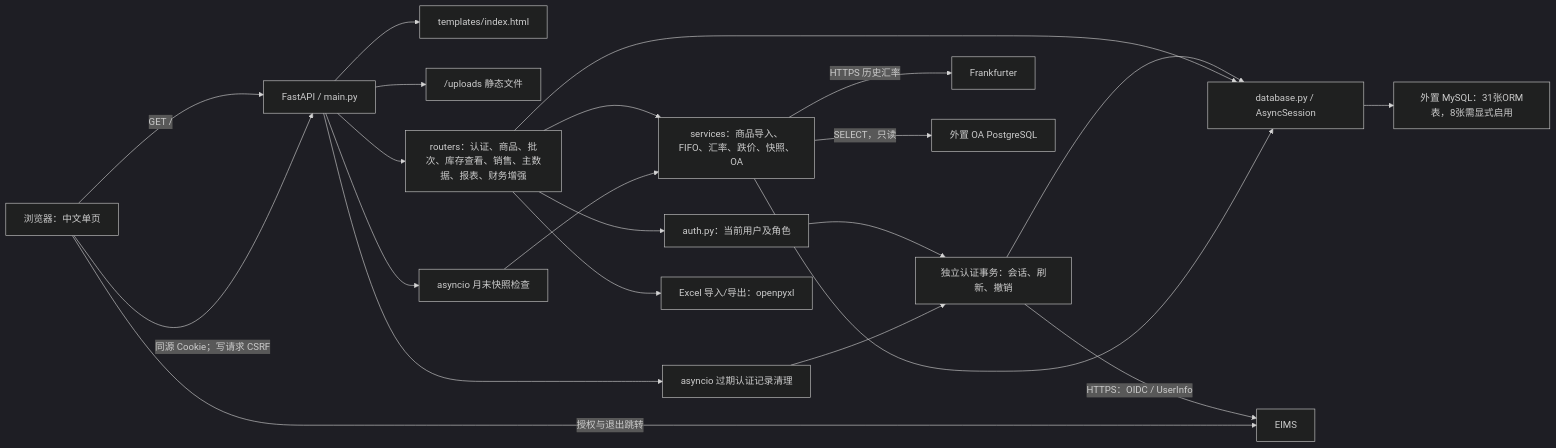
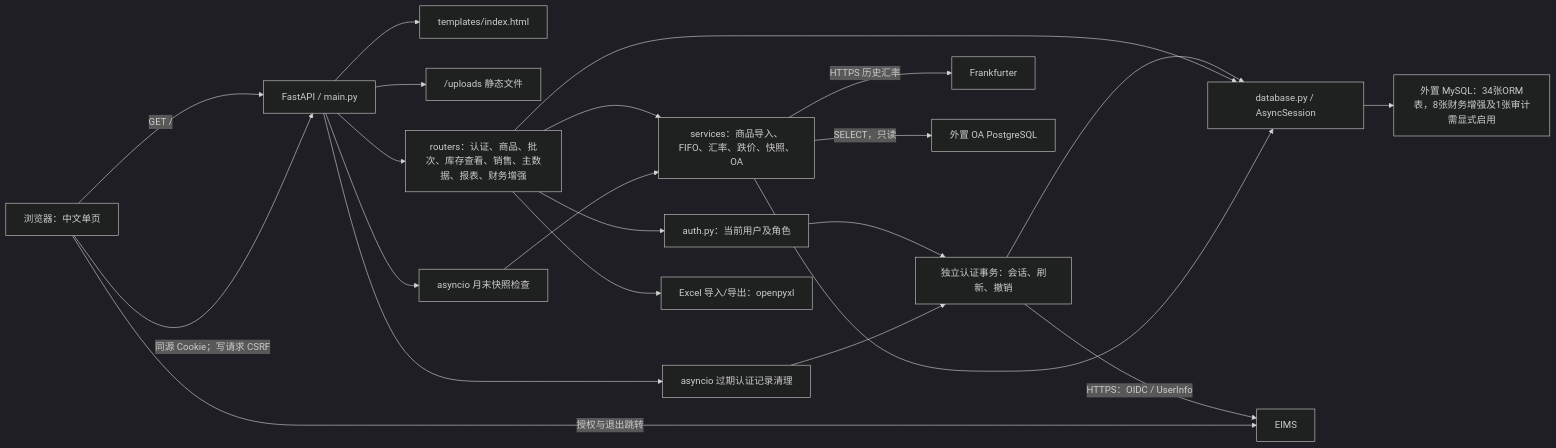
One commit to yueweiit/FastAPIProject changed the diagram in docs/knowledge/architecture.md. Above: the diagram before and after it, drawn with Mermaid (dark theme). The commit also changed 14 other files, not shown here.

````diff
--- a/docs/knowledge/architecture.md
+++ b/docs/knowledge/architecture.md
@@ -7,24 +7,24 @@
 ```mermaid
 flowchart LR
     U["浏览器：中文单页"] -->|"GET /"| A["FastAPI / main.py"]
     U -->|"同源 Cookie；写请求 CSRF"| A
     A --> T["templates/index.html"]
     A --> UP["/uploads 静态文件"]
     A --> R["routers：认证、商品、批次、库存查看、销售、主数据、报表、财务增强"]
     R --> AU["auth.py：当前用户及角色"]
     R --> S["services：商品导入、FIFO、汇率、跌价、快照、OA"]
     AU --> SS["独立认证事务：会话、刷新、撤销"]
     SS --> DB
     SS -->|"HTTPS：OIDC / UserInfo"| EI["EIMS"]
     U -->|"授权与退出跳转"| EI
     R --> DB["database.py / AsyncSession"]
     S --> DB
-    DB --> M["外置 MySQL：31张ORM表，8张需显式启用"]
+    DB --> M["外置 MySQL：34张ORM表，8张财务增强及1张审计需显式启用"]
     S -->|"HTTPS 历史汇率"| FX["Frankfurter"]
     S -->|"SELECT，只读"| OA["外置 OA PostgreSQL"]
     A --> W["asyncio 月末快照检查"]
     A --> AW["asyncio 过期认证记录清理"]
     AW --> SS
     W --> S
     R --> XL["Excel 导入/导出：openpyxl"]
 ```
````
